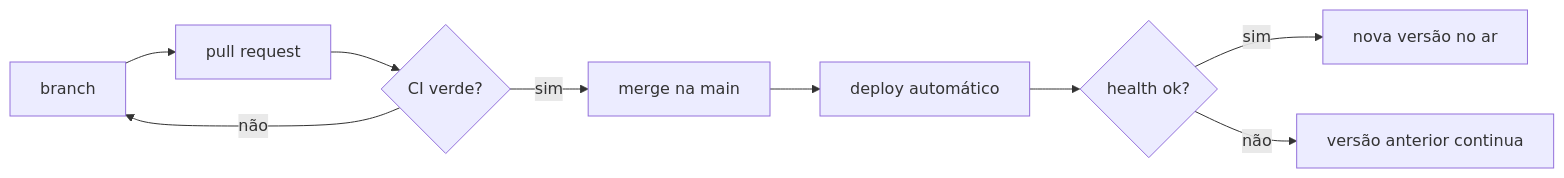
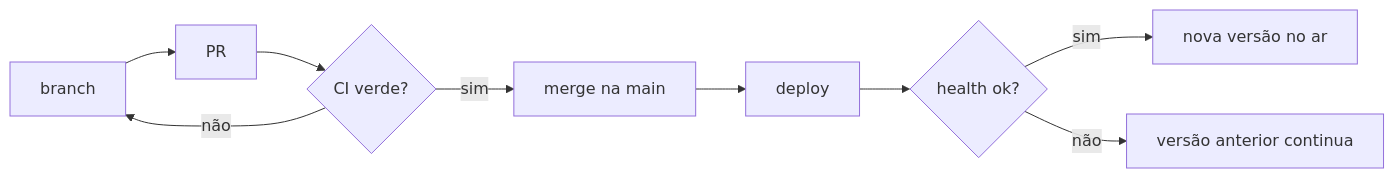
The diagram in modulos/12-deploy/README.md (heliobentzen/dpw), drawn with Mermaid before and after one commit. The commit also changed other lines of this file and 78 other files, not shown here.

````diff
--- a/modulos/12-deploy/README.md
+++ b/modulos/12-deploy/README.md
@@ -589,11 +249,8 @@
 ```mermaid
 flowchart LR
-    B[branch] --> PR[pull request]
-    PR --> CI{CI verde?}
+    B[branch] --> PR[PR] --> CI{CI verde?}
     CI -- não --> B
-    CI -- sim --> M[merge na main]
-    M --> D[deploy automático]
-    D --> H{health ok?}
+    CI -- sim --> M[merge na main] --> D[deploy] --> H{health ok?}
     H -- sim --> N[nova versão no ar]
     H -- não --> V[versão anterior continua]
 ```
````
